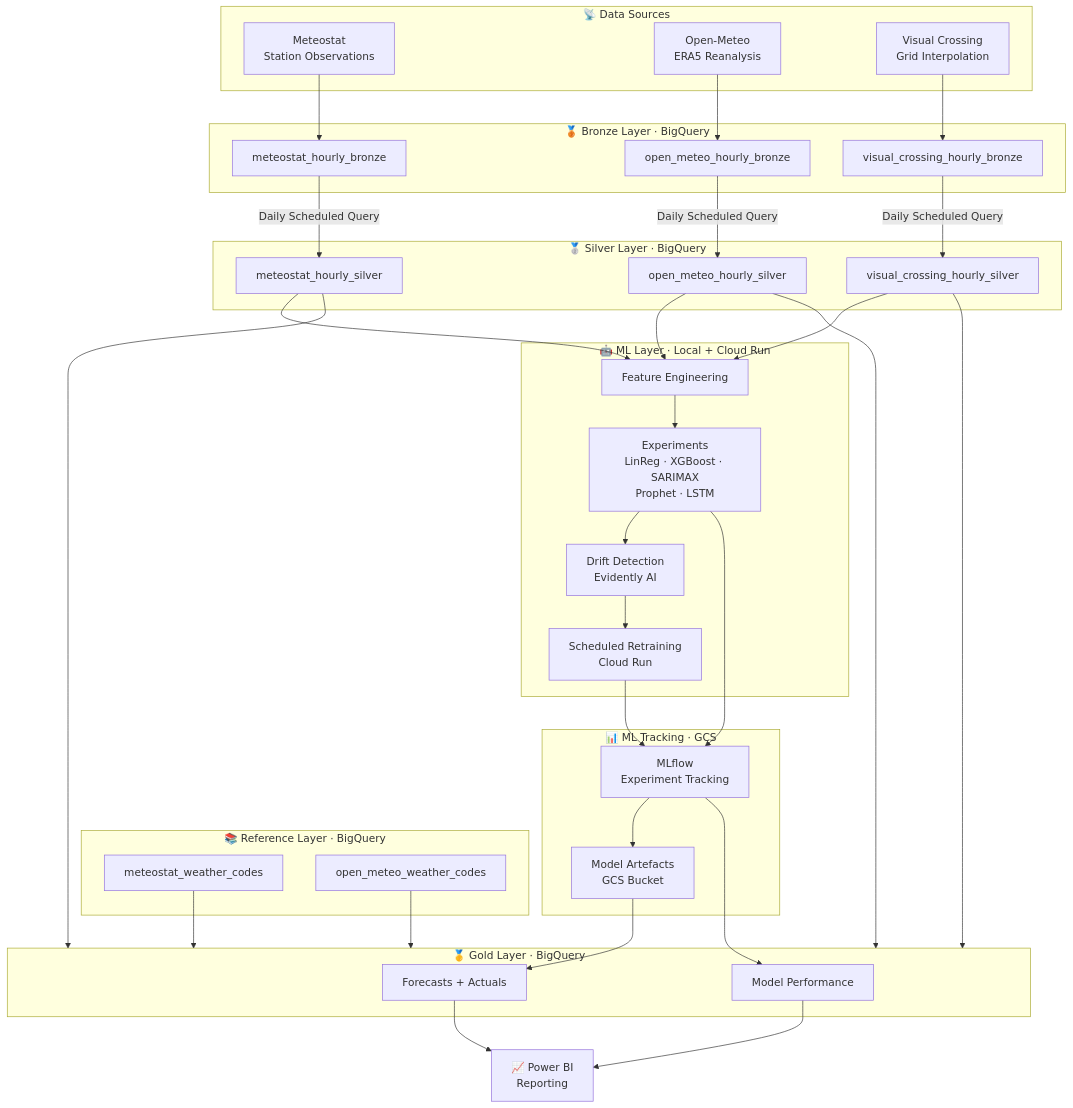
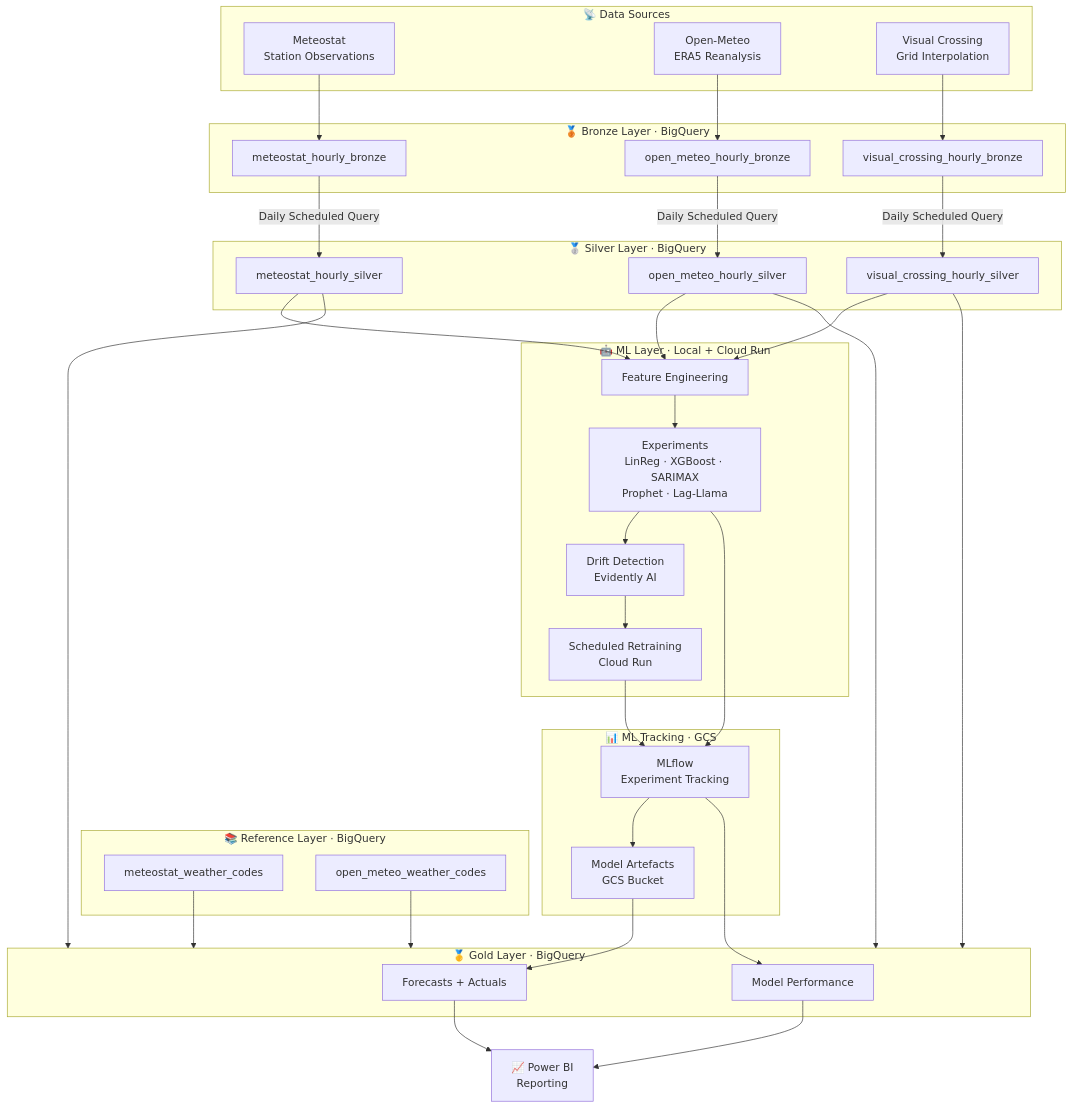
The diagram in README.md (carolinepesquier/wedding-weather-pipeline), drawn with Mermaid before and after one commit. The commit also changed other lines of this file and 21 other files, not shown here.

Commit message:
Amneded requirements version conflicts and created ml folders and files architecture

````diff
--- a/README.md
+++ b/README.md
@@ -18,68 +15,68 @@
 ```mermaid
 flowchart TD
     subgraph Sources["📡 Data Sources"]
         MS[Meteostat\nStation Observations]
         OM[Open-Meteo\nERA5 Reanalysis]
         VC[Visual Crossing\nGrid Interpolation]
     end
 
     subgraph Bronze["🥉 Bronze Layer · BigQuery"]
         B1[meteostat_hourly_bronze]
         B2[open_meteo_hourly_bronze]
         B3[visual_crossing_hourly_bronze]
     end
 
     subgraph Silver["🥈 Silver Layer · BigQuery"]
         S1[meteostat_hourly_silver]
         S2[open_meteo_hourly_silver]
         S3[visual_crossing_hourly_silver]
     end
 
     subgraph Ref["📚 Reference Layer · BigQuery"]
         R1[meteostat_weather_codes]
         R2[open_meteo_weather_codes]
     end
 
     subgraph ML["🤖 ML Layer · Local + Cloud Run"]
         FE[Feature Engineering]
-        EX[Experiments\nLinReg · XGBoost · SARIMAX\nProphet · LSTM]
+        EX[Experiments\nLinReg · XGBoost · SARIMAX\nProphet · Lag-Llama]
         DR[Drift Detection\nEvidently AI]
         RT[Scheduled Retraining\nCloud Run]
     end
 
     subgraph Tracking["📊 ML Tracking · GCS"]
         MF[MLflow\nExperiment Tracking]
         AR[Model Artefacts\nGCS Bucket]
     end
 
     subgraph Gold["🥇 Gold Layer · BigQuery"]
         G1[Forecasts + Actuals]
         G2[Model Performance]
     end
 
     PBI[📈 Power BI\nReporting]
 
     MS --> B1
     OM --> B2
     VC --> B3
 
     B1 -->|Daily Scheduled Query| S1
     B2 -->|Daily Scheduled Query| S2
     B3 -->|Daily Scheduled Query| S3
 
     S1 & S2 & S3 --> FE
     R1 & R2 --> Gold
 
     FE --> EX
     EX --> DR
     DR --> RT
     EX --> MF
     RT --> MF
     MF --> AR
 
     S1 & S2 & S3 --> Gold
     AR --> G1
     MF --> G2
 
     G1 & G2 --> PBI
 ```
````
